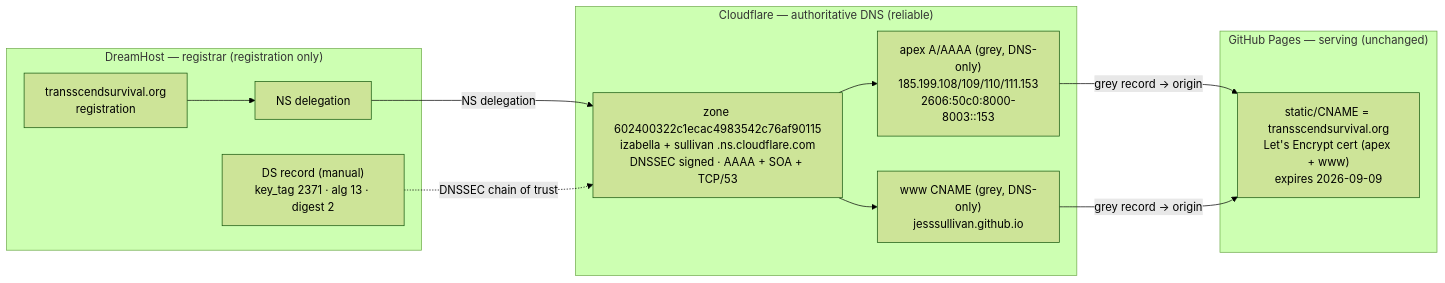
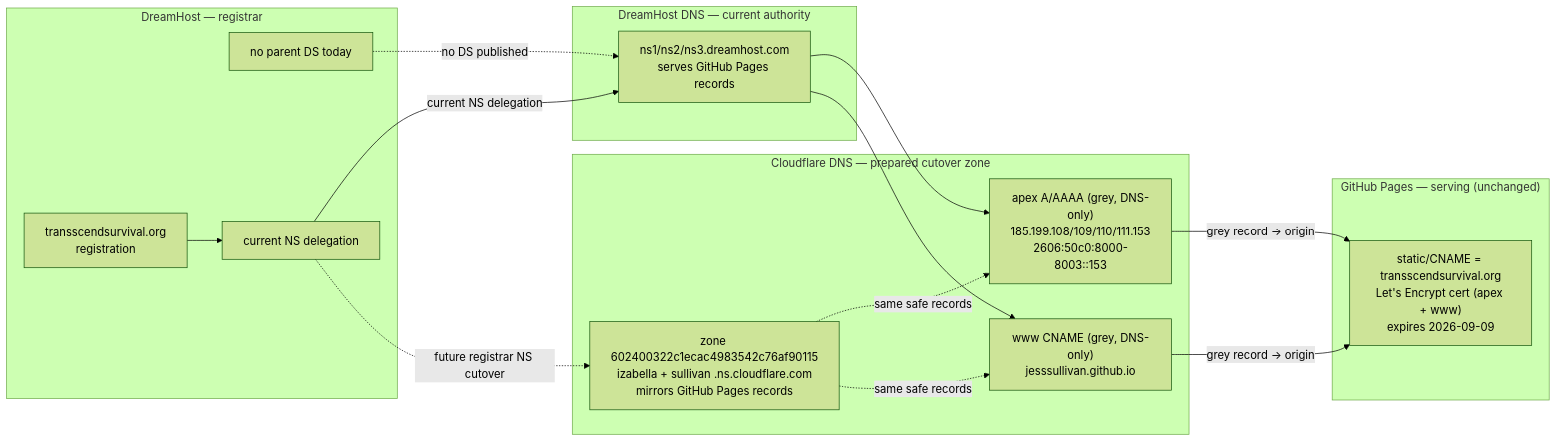
Before and after one commit to Jesssullivan/jesssullivan.github.io: the first of 5 diagrams in docs/dns-architecture.md, drawn with Mermaid (forest theme). The commit also changed other lines of this file and 4 other files, not shown here.

````diff
--- a/docs/dns-architecture.md
+++ b/docs/dns-architecture.md
@@ -30,26 +34,33 @@
 ```mermaid
 flowchart LR
-    subgraph Registrar["DreamHost — registrar (registration only)"]
+    subgraph Registrar["DreamHost — registrar"]
         Reg["transscendsurvival.org<br/>registration"]
-        DS["DS record (manual)<br/>key_tag 2371 · alg 13 · digest 2"]
-        NSdeleg["NS delegation"]
+        DS["no parent DS today"]
+        NSdeleg["current NS delegation"]
     end
 
-    subgraph CF["Cloudflare — authoritative DNS (reliable)"]
-        Zone["zone 602400322c1ecac4983542c76af90115<br/>izabella + sullivan .ns.cloudflare.com<br/>DNSSEC signed · AAAA + SOA + TCP/53"]
+    subgraph DH["DreamHost DNS — current authority"]
+        DhZone["ns1/ns2/ns3.dreamhost.com<br/>serves GitHub Pages records"]
+    end
+
+    subgraph CF["Cloudflare DNS — prepared cutover zone"]
+        Zone["zone 602400322c1ecac4983542c76af90115<br/>izabella + sullivan .ns.cloudflare.com<br/>mirrors GitHub Pages records"]
         Apex["apex A/AAAA (grey, DNS-only)<br/>185.199.108/109/110/111.153<br/>2606:50c0:8000-8003::153"]
         WWW["www CNAME (grey, DNS-only)<br/>jesssullivan.github.io"]
     end
 
     subgraph GHP["GitHub Pages — serving (unchanged)"]
         Pages["static/CNAME = transscendsurvival.org<br/>Let's Encrypt cert (apex + www)<br/>expires 2026-09-09"]
     end
 
     Reg --> NSdeleg
-    NSdeleg -- "NS delegation" --> Zone
-    DS -. "DNSSEC chain of trust" .-> Zone
-    Zone --> Apex
-    Zone --> WWW
+    NSdeleg -- "current NS delegation" --> DhZone
+    DS -. "no DS published" .-> DhZone
+    DhZone --> Apex
+    DhZone --> WWW
+    NSdeleg -. "future registrar NS cutover" .-> Zone
+    Zone -. "same safe records" .-> Apex
+    Zone -. "same safe records" .-> WWW
     Apex -- "grey record → origin" --> Pages
     WWW -- "grey record → origin" --> Pages
 ```
````
